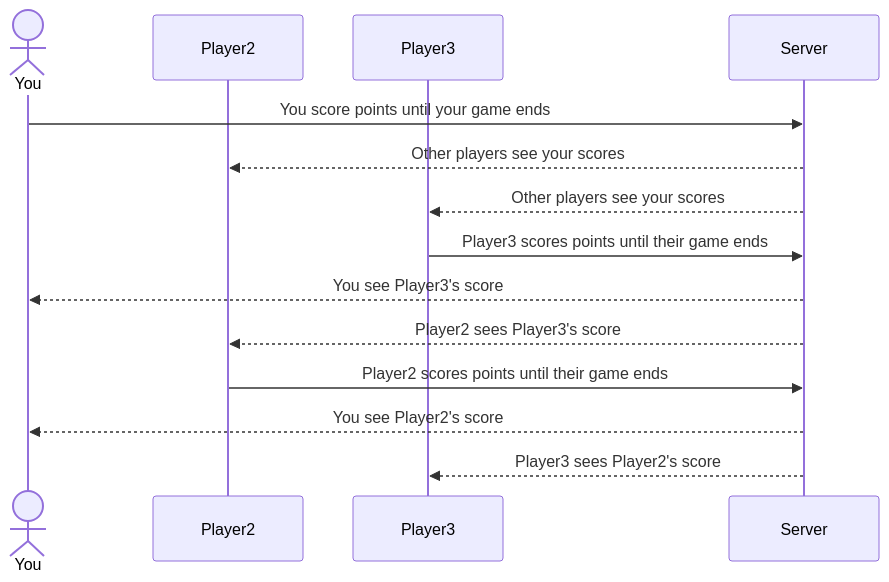
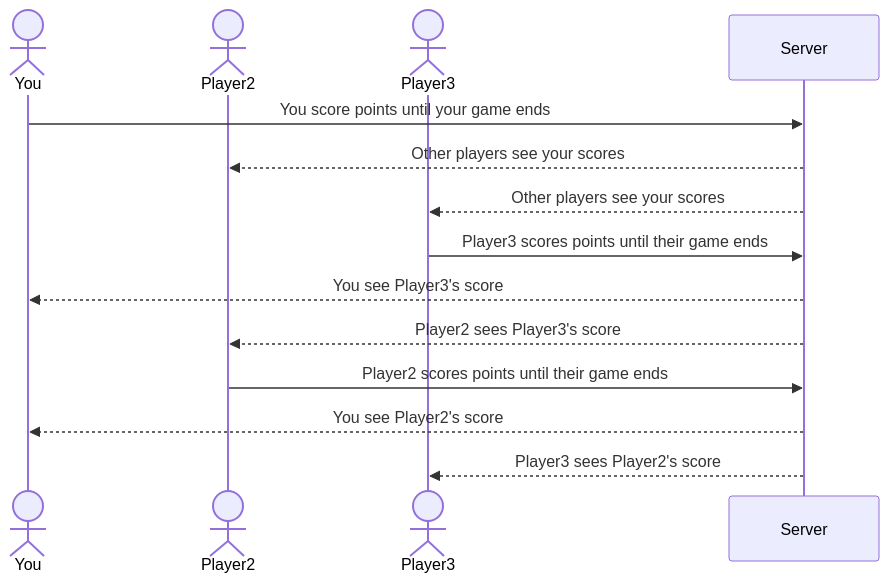
The diagram in README.md (elsbels64/startup), drawn with Mermaid before and after one commit.

Commit message:
added sequence diagram

````diff
--- a/README.md
+++ b/README.md
@@ -36,17 +36,17 @@
 ```mermaid
 sequenceDiagram
     actor You
-    participant Player2
-    participant Player3
+    actor Player2
+    actor Player3
     participant Server
 
     You->>Server: You score points until your game ends
     Server-->>Player2: Other players see your scores
     Server-->>Player3: Other players see your scores
     Player3->>Server: Player3 scores points until their game ends
     Server-->>You: You see Player3's score
     Server-->>Player2: Player2 sees Player3's score
     Player2->>Server: Player2 scores points until their game ends
     Server-->>You: You see Player2's score
     Server-->>Player3: Player3 sees Player2's score
 ```
````
